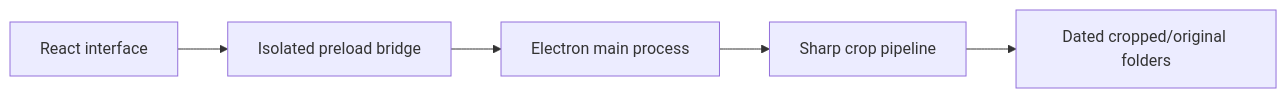
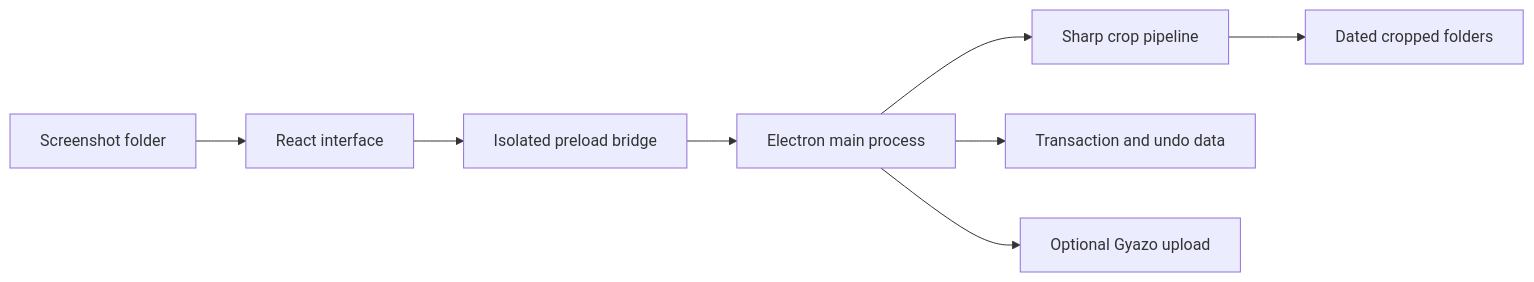
Before and after one commit to KeyErrorFinn/rpuk-screenshot-cropper: the diagram in README.md, drawn with Mermaid. The commit also changed other lines of this file and 6 other files, not shown here.

````diff
--- a/README.md
+++ b/README.md
@@ -90,7 +40,10 @@
 ```mermaid
 flowchart LR
-    Renderer["React interface"] --> Preload["Isolated preload bridge"]
+    Watcher["Screenshot folder"] --> Renderer["React interface"]
+    Renderer --> Preload["Isolated preload bridge"]
     Preload --> Main["Electron main process"]
     Main --> Sharp["Sharp crop pipeline"]
-    Sharp --> Folders["Dated cropped/original folders"]
+    Sharp --> Dated["Dated cropped folders"]
+    Main --> Recovery["Transaction and undo data"]
+    Main --> Gyazo["Optional Gyazo upload"]
 ```
````
